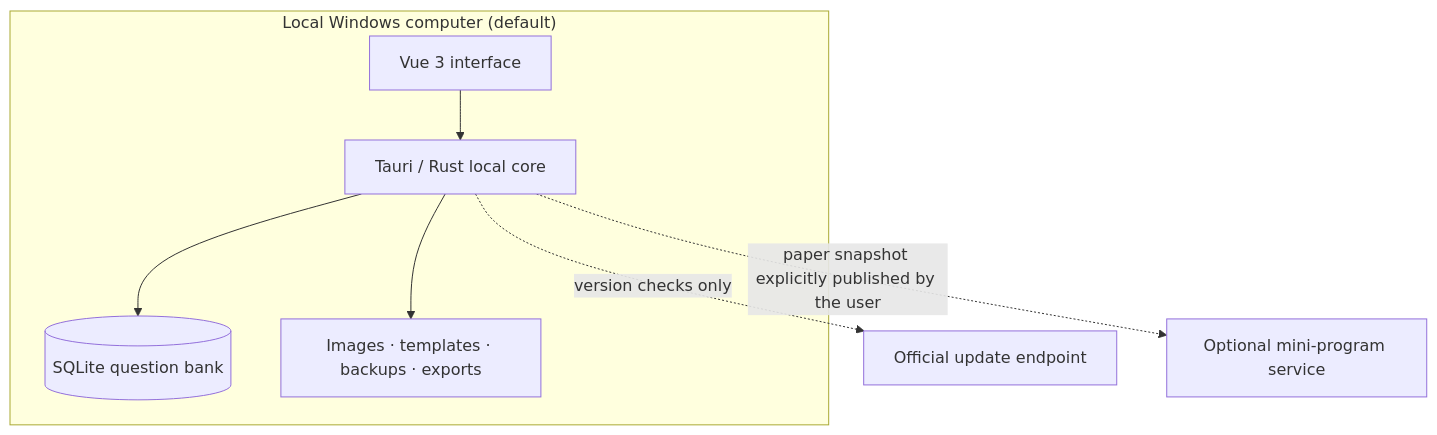
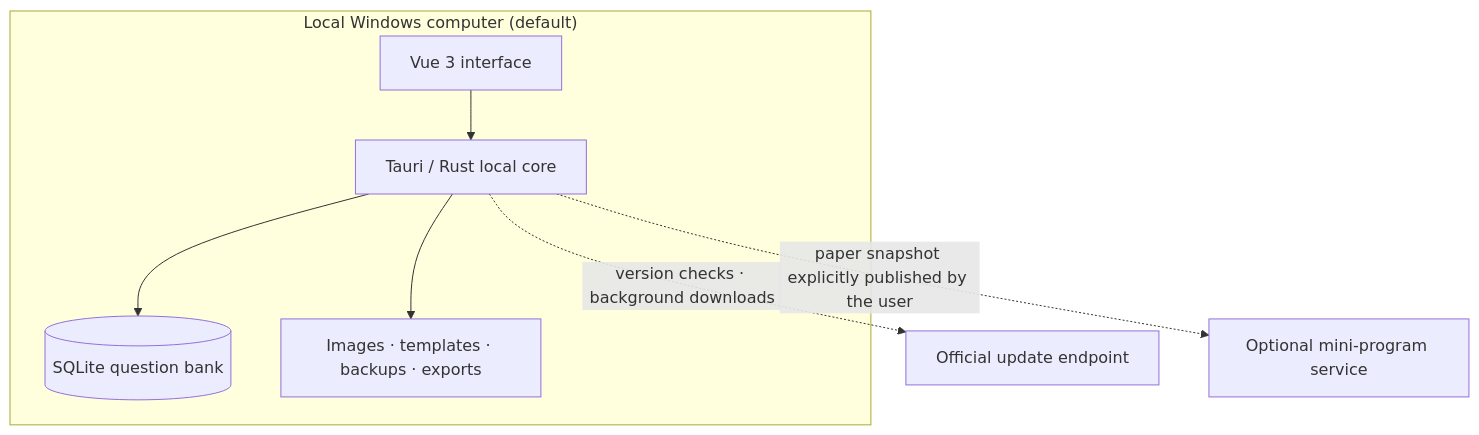
The second of 2 diagrams in README.en.md (BBkjdayup/BCTK), drawn with Mermaid before and after one commit. The commit also changed other lines of this file and 52 other files, not shown here.

````diff
--- a/README.en.md
+++ b/README.en.md
@@ -137,11 +139,11 @@
 ```mermaid
 flowchart TB
   subgraph Local["Local Windows computer (default)"]
     UI["Vue 3 interface"] --> Core["Tauri / Rust local core"]
     Core --> DB[("SQLite question bank")]
     Core --> Files["Images · templates · backups · exports"]
   end
 
-  Core -. "version checks only" .-> Update["Official update endpoint"]
+  Core -. "version checks · background downloads" .-> Update["Official update endpoint"]
   Core -. "paper snapshot explicitly published by the user" .-> Mini["Optional mini-program service"]
 ```
````
